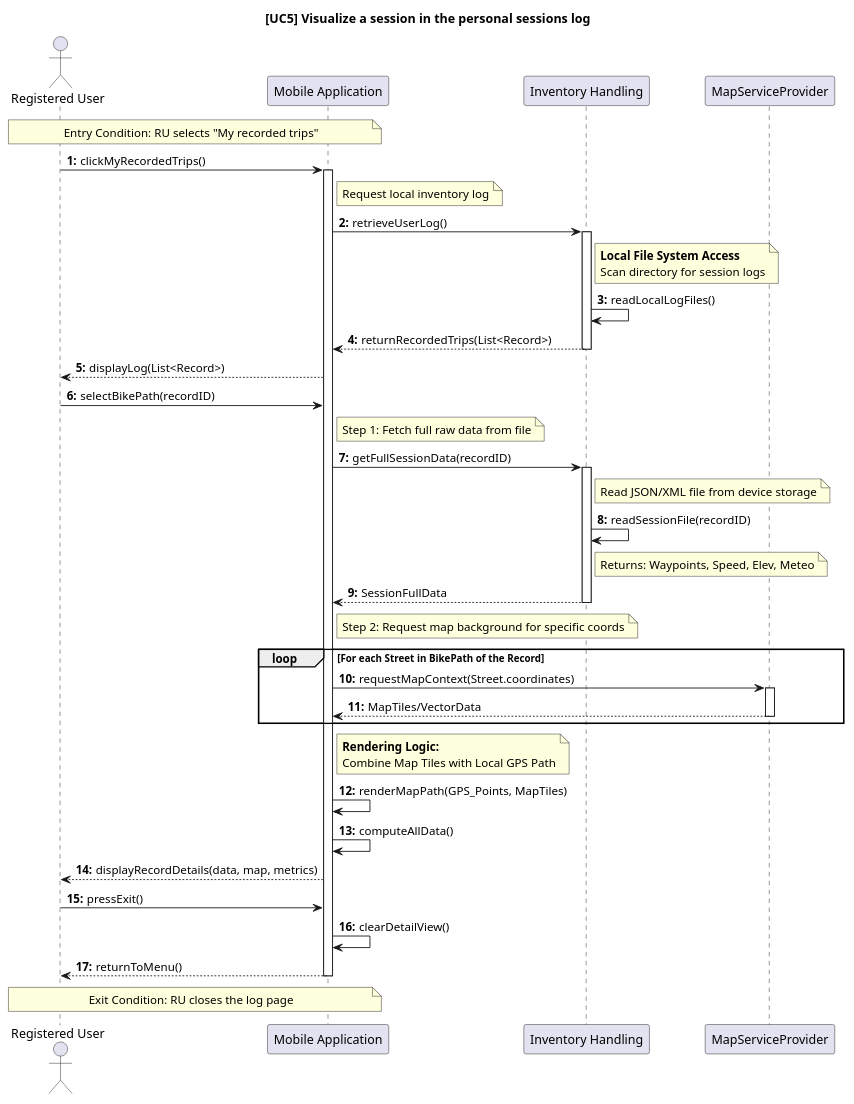
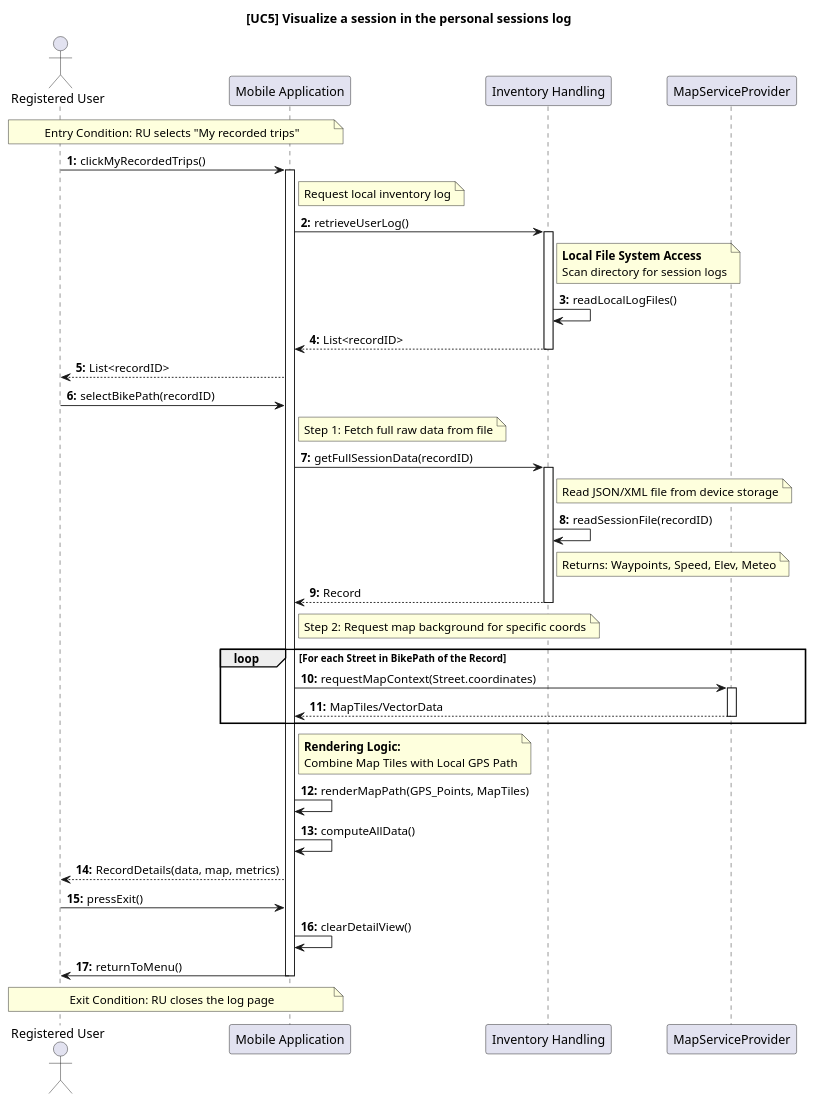
Before and after one commit to ilevinci/RubinoUvinsiVinciguerra: the diagram in DD/sequencediagrams/usecase5.puml, drawn with PlantUML. The commit also changed 8 other files, not shown here.

Commit message:
further refactoring of DD sequence diagrams, more consistency of return values

```diff
--- a/DD/sequencediagrams/usecase5.puml
+++ b/DD/sequencediagrams/usecase5.puml
@@ -1,83 +1,83 @@
 @startuml UC5_VisualizeSessionLog_Local
 autonumber "<b>0:"
 title [UC5] Visualize a session in the personal sessions log
 
 ' =======================================================
 ' COMPONENT DEFINITION
 ' =======================================================
 actor "Registered User" as RU
 participant "Mobile Application" as Client
 
 ' Componente che gestisce l'archivio locale
 participant "Inventory Handling" as IH
 
 ' Servizio Esterno per il rendering mappe
 participant "MapServiceProvider" as Map
 
 ' =======================================================
 ' ENTRY CONDITION
 ' =======================================================
 note over RU, Client: Entry Condition: RU selects "My recorded trips"
 
 ' =======================================================
 ' (a) SYSTEM SHOWS THE SESSIONS LOG
 ' =======================================================
 RU -> Client: clickMyRecordedTrips()
 activate Client
 
 note right of Client: Request local inventory log
 Client -> IH: retrieveUserLog()
 activate IH
 
 ' Accesso al File System Locale
 note right of IH: **Local File System Access**\nScan directory for session logs
 IH -> IH: readLocalLogFiles()
 
-IH --> Client: returnRecordedTrips(List<Record>)
+IH --> Client: List<recordID>
 deactivate IH
 
 ' Visualizzazione Lista
-Client --> RU: displayLog(List<Record>)
+Client --> RU: List<recordID>
 ' =======================================================
 ' (b) RU FINDS AND SELECTS THE SESSION
 ' =======================================================
 RU -> Client: selectBikePath(recordID)
 
 ' 1. Recupero Dati Sessione dallo Storage Locale
 note right of Client: Step 1: Fetch full raw data from file
 Client -> IH: getFullSessionData(recordID)
 activate IH
 
 note right of IH: Read JSON/XML file from device storage
 IH -> IH: readSessionFile(recordID)
 note right of IH: Returns: Waypoints, Speed, Elev, Meteo
-IH --> Client: SessionFullData
+IH --> Client: Record
 deactivate IH
 
 ' 2. Recupero Mappa dal Service Provider
 note right of Client: Step 2: Request map background for specific coords
 loop For each Street in BikePath of the Record
 
     Client -> Map: requestMapContext(Street.coordinates)
     activate Map
     Map --> Client: MapTiles/VectorData
     deactivate Map
 end
 
 ' Rendering lato Client
 note right of Client: **Rendering Logic:**\nCombine Map Tiles with Local GPS Path
 Client -> Client: renderMapPath(GPS_Points, MapTiles)
 Client -> Client: computeAllData()
 
-Client --> RU: displayRecordDetails(data, map, metrics)
+Client --> RU: RecordDetails(data, map, metrics)
 
 ' =======================================================
 ' EXIT CONDITION
 ' =======================================================
 RU -> Client: pressExit()
 Client -> Client: clearDetailView()
-Client --> RU: returnToMenu()
+Client -> RU: returnToMenu()
 note over RU, Client: Exit Condition: RU closes the log page
 
 deactivate Client
 @enduml
```
